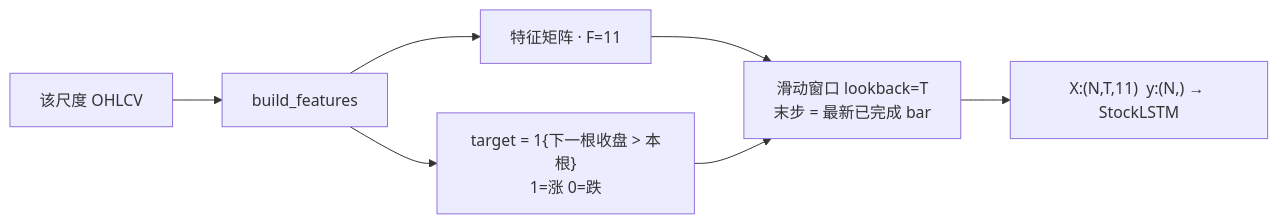
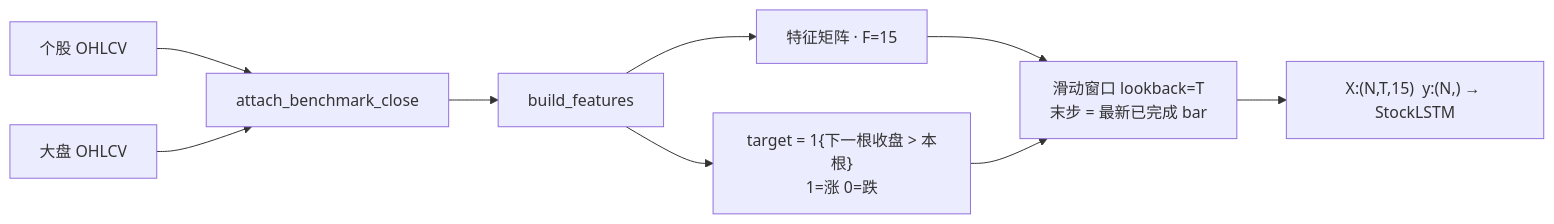
Before and after one commit to fanqingsong/stock_predictive: diagram 11 of 11 in docs/model-architecture.md, drawn with Mermaid. The commit also changed other lines of this file and 7 other files, not shown here.

First line of the commit message:
Add market-benchmark relative features and bump feature schema to v6-scale.

````diff
--- a/docs/model-architecture.md
+++ b/docs/model-architecture.md
@@ -523,9 +533,11 @@
 ```mermaid
 flowchart LR
-  OHLCV[该尺度 OHLCV] --> FE[build_features]
-  FE --> Feat["特征矩阵 · F=11"]
+  OHLCV[个股 OHLCV] --> ALIGN[attach_benchmark_close]
+  IDX[大盘 OHLCV] --> ALIGN
+  ALIGN --> FE[build_features]
+  FE --> Feat["特征矩阵 · F=15"]
   FE --> Y["target = 1{下一根收盘 > 本根}<br/>1=涨 0=跌"]
   Feat --> SEQ["滑动窗口 lookback=T<br/>末步 = 最新已完成 bar"]
   Y --> SEQ
-  SEQ --> X["X:(N,T,11)  y:(N,) → StockLSTM"]
+  SEQ --> X["X:(N,T,15)  y:(N,) → StockLSTM"]
 ```
````
